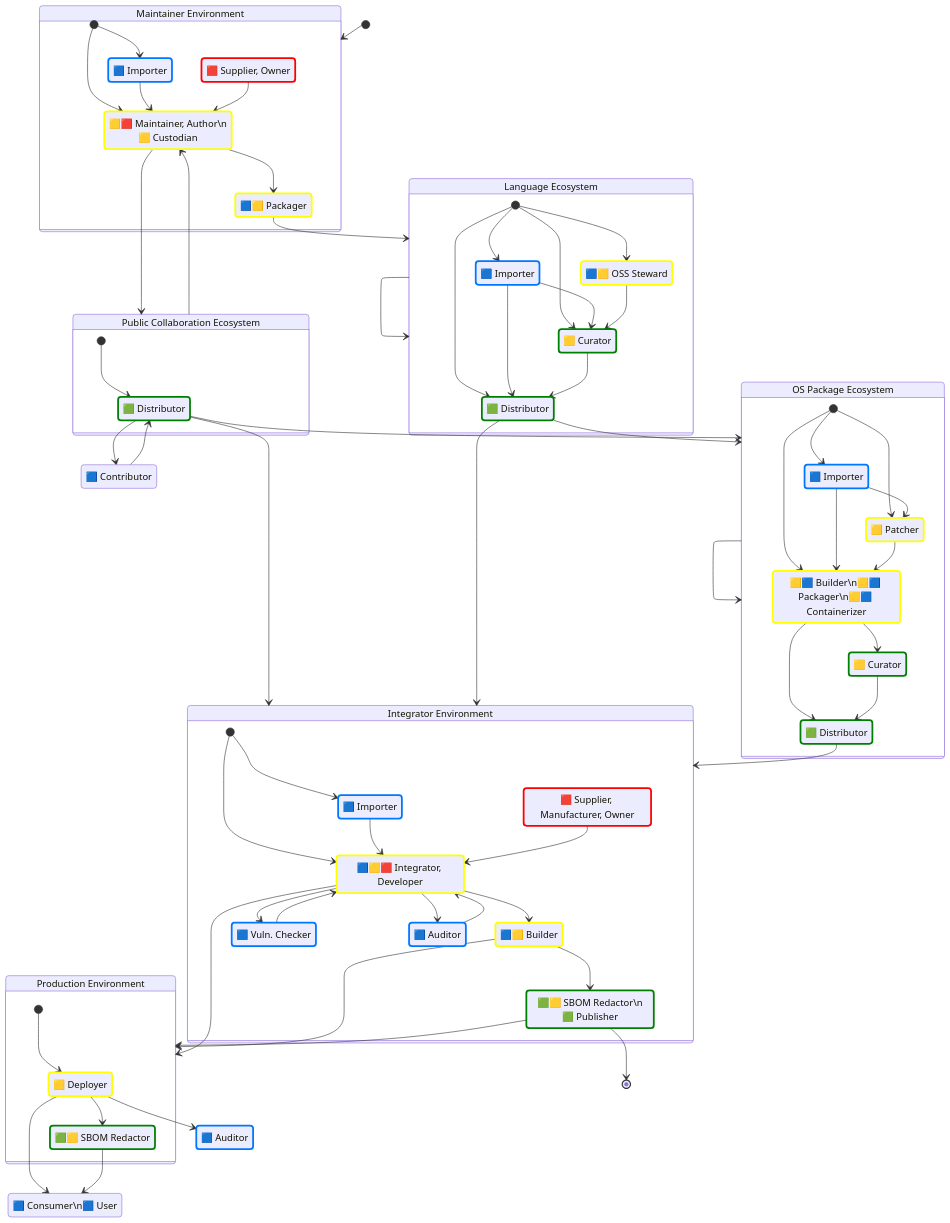
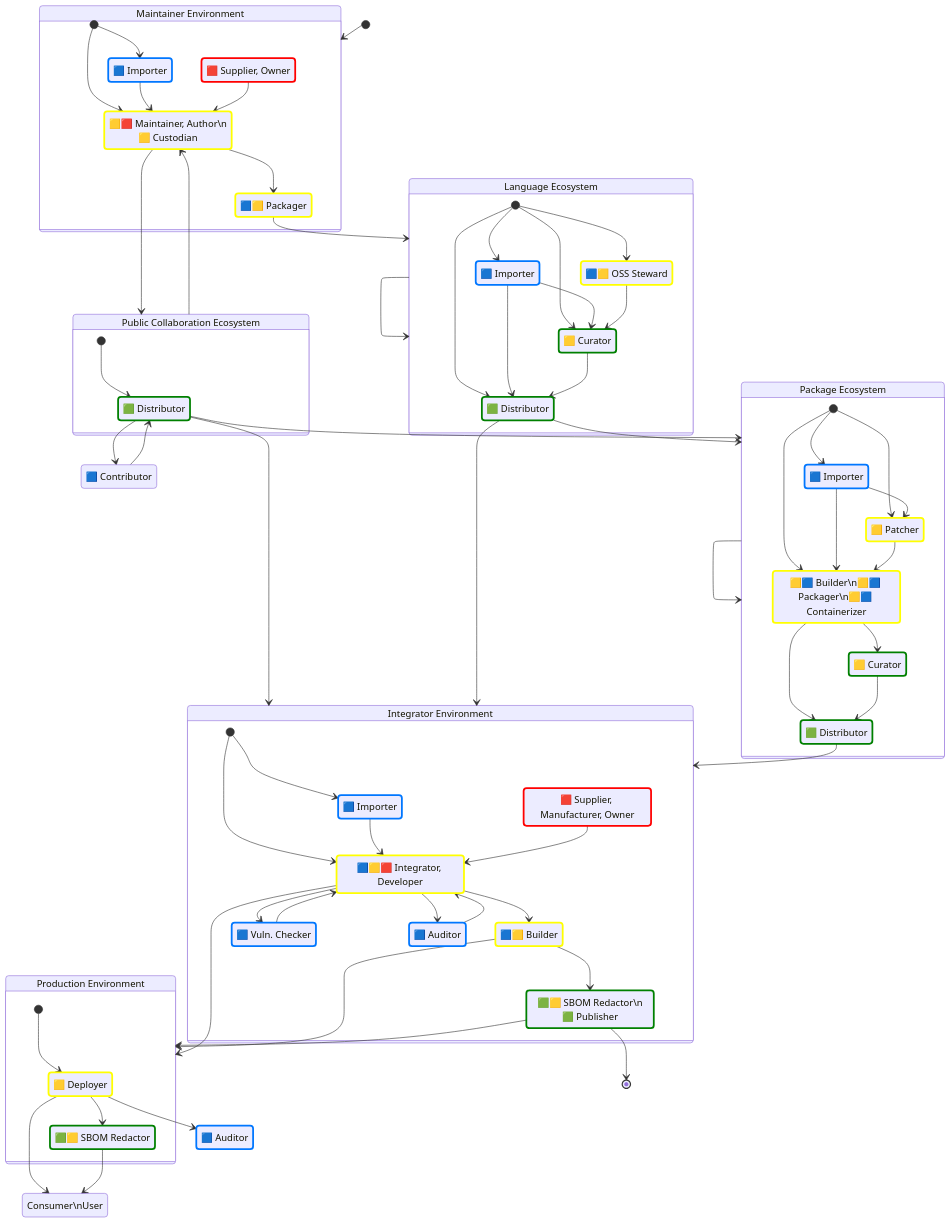
Before and after one commit to CPAN-Security/security.metacpan.org: the first of 4 diagrams in docs/supplychain-sbom.md, drawn with Mermaid. The commit also changed other lines of this file and 1 other file, not shown here.

First line of the commit message:
Add a simplified supply-chain diagram

```diff
--- a/docs/supplychain-sbom.md
+++ b/docs/supplychain-sbom.md
@@ -64,7 +64,7 @@
     state "🟨 Deployer" as deployer
     state "🟦 Vuln. Checker" as integrator_checker
     state "🟩🟨 SBOM Redactor" as redactor
-    state "🟦 Consumer\n🟦 User" as consumer
+    state "Consumer\nUser" as consumer
     state "🟦 Auditor" as auditor_internal
     state "🟦 Auditor" as auditor_external
 
@@ -136,7 +136,7 @@
     repository_distributor --> contributor
     contributor            --> repository_distributor
 
-    state "OS Package Ecosystem" as ecosystem_package {
+    state "Package Ecosystem" as ecosystem_package {
         [*] --> package_importer
         [*] --> package_packager
         [*] --> package_patcher
```
